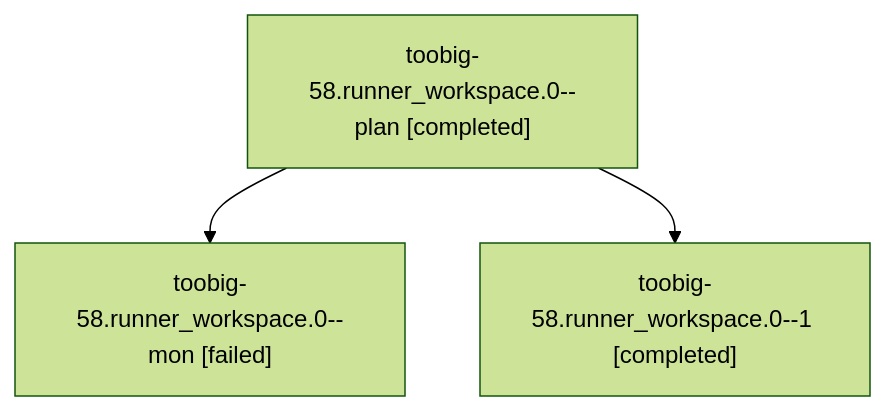
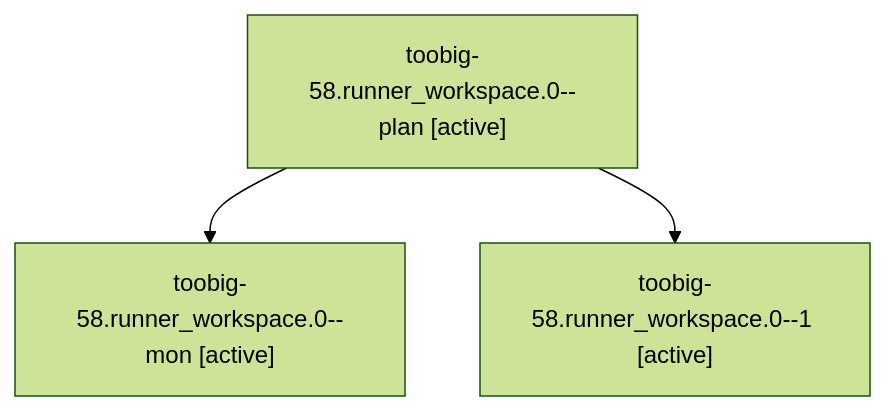
One commit to sase-org/sase--agents changed the diagram in families/bbugyi200.athena.toobig-58.runner_workspace.0.md. Above: the diagram before and after it, drawn with Mermaid (forest theme). The commit also changed other lines of this file and 35830 other files, not shown here.

````diff
--- a/families/bbugyi200.athena.toobig-58.runner_workspace.0.md
+++ b/families/bbugyi200.athena.toobig-58.runner_workspace.0.md
@@ -9,8 +9,8 @@
 ```mermaid
 flowchart TD
-  n0["toobig-58.runner_workspace.0--plan [completed]"]
-  n1["toobig-58.runner_workspace.0--mon [failed]"]
+  n0["toobig-58.runner_workspace.0--plan [active]"]
+  n1["toobig-58.runner_workspace.0--mon [active]"]
   n0 --> n1
-  n2["toobig-58.runner_workspace.0--1 [completed]"]
+  n2["toobig-58.runner_workspace.0--1 [active]"]
   n0 --> n2
 ```
````
